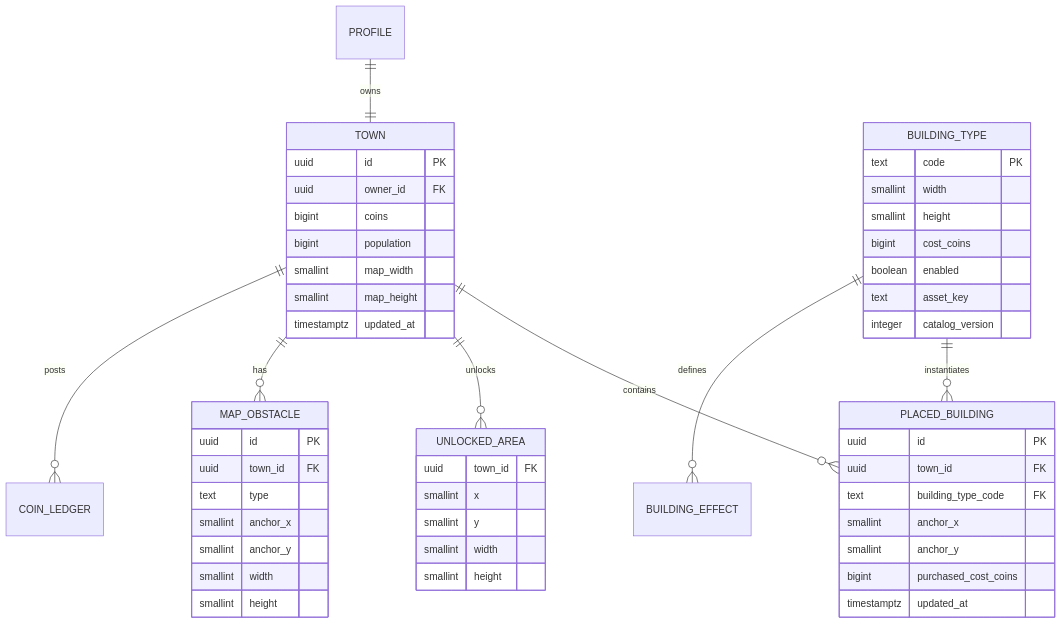
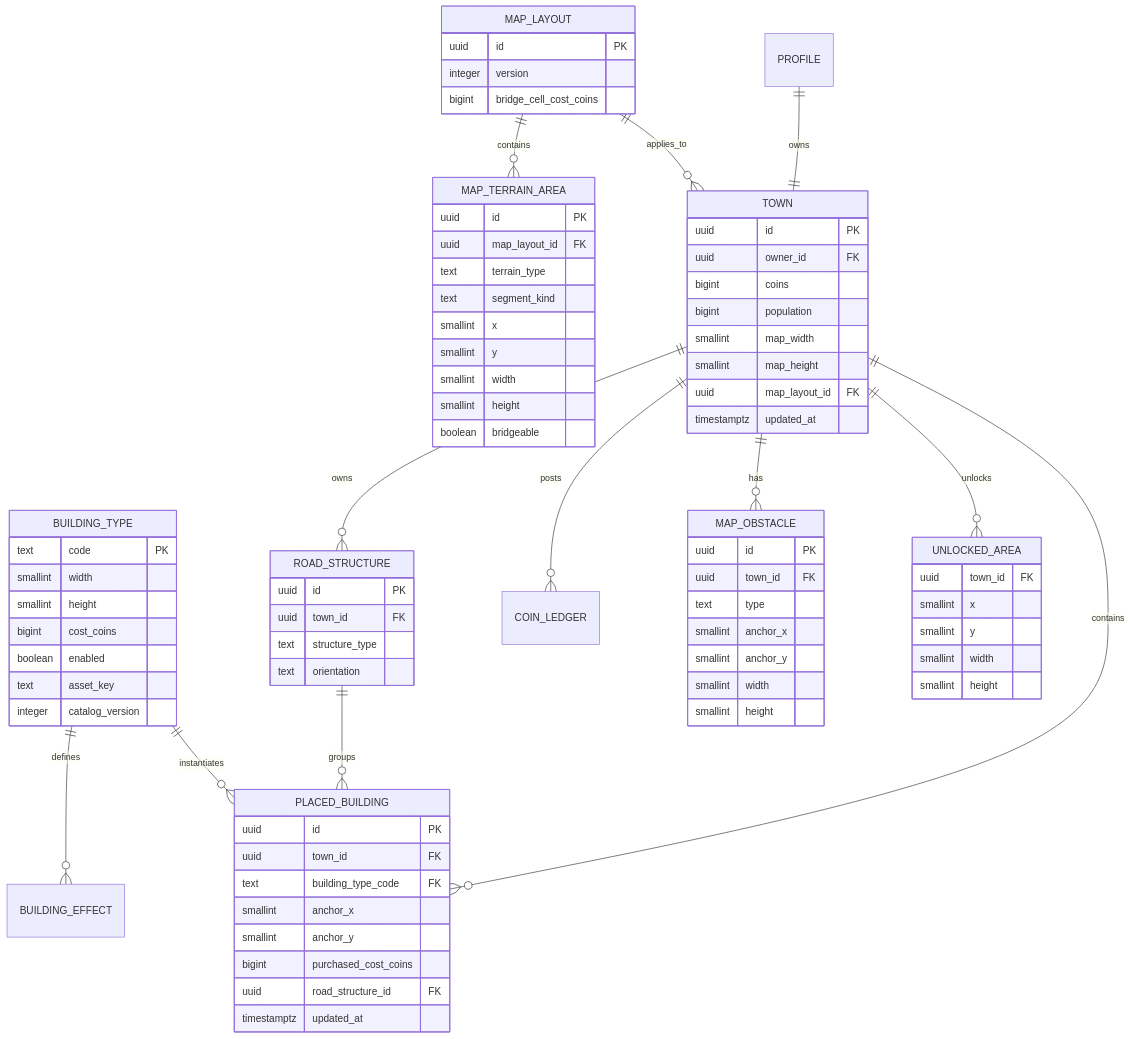
The fifth of 5 diagrams in docs/map機能DesignDoc.md (Megane14916/walk-city), drawn with Mermaid before and after one commit. The commit also changed other lines of this file and 37 other files, not shown here.

````diff
--- a/docs/map機能DesignDoc.md
+++ b/docs/map機能DesignDoc.md
@@ -324,54 +330,82 @@
 ```mermaid
 erDiagram
     PROFILE ||--|| TOWN : owns
     TOWN ||--o{ PLACED_BUILDING : contains
     BUILDING_TYPE ||--o{ PLACED_BUILDING : instantiates
     BUILDING_TYPE ||--o{ BUILDING_EFFECT : defines
     TOWN ||--o{ UNLOCKED_AREA : unlocks
     TOWN ||--o{ MAP_OBSTACLE : has
     TOWN ||--o{ COIN_LEDGER : posts
+    MAP_LAYOUT ||--o{ TOWN : applies_to
+    MAP_LAYOUT ||--o{ MAP_TERRAIN_AREA : contains
+    TOWN ||--o{ ROAD_STRUCTURE : owns
+    ROAD_STRUCTURE ||--o{ PLACED_BUILDING : groups
 
     TOWN {
       uuid id PK
       uuid owner_id FK
       bigint coins
       bigint population
       smallint map_width
       smallint map_height
+      uuid map_layout_id FK
       timestamptz updated_at
     }
     BUILDING_TYPE {
       text code PK
       smallint width
       smallint height
       bigint cost_coins
       boolean enabled
       text asset_key
       integer catalog_version
     }
     PLACED_BUILDING {
       uuid id PK
       uuid town_id FK
       text building_type_code FK
       smallint anchor_x
       smallint anchor_y
       bigint purchased_cost_coins
+      uuid road_structure_id FK
       timestamptz updated_at
     }
     UNLOCKED_AREA {
       uuid town_id FK
       smallint x
       smallint y
       smallint width
       smallint height
     }
     MAP_OBSTACLE {
       uuid id PK
       uuid town_id FK
       text type
       smallint anchor_x
       smallint anchor_y
       smallint width
       smallint height
     }
+    MAP_LAYOUT {
+      uuid id PK
+      integer version
+      bigint bridge_cell_cost_coins
+    }
+    MAP_TERRAIN_AREA {
+      uuid id PK
+      uuid map_layout_id FK
+      text terrain_type
+      text segment_kind
+      smallint x
+      smallint y
+      smallint width
+      smallint height
+      boolean bridgeable
+    }
+    ROAD_STRUCTURE {
+      uuid id PK
+      uuid town_id FK
+      text structure_type
+      text orientation
+    }
 ```
````
